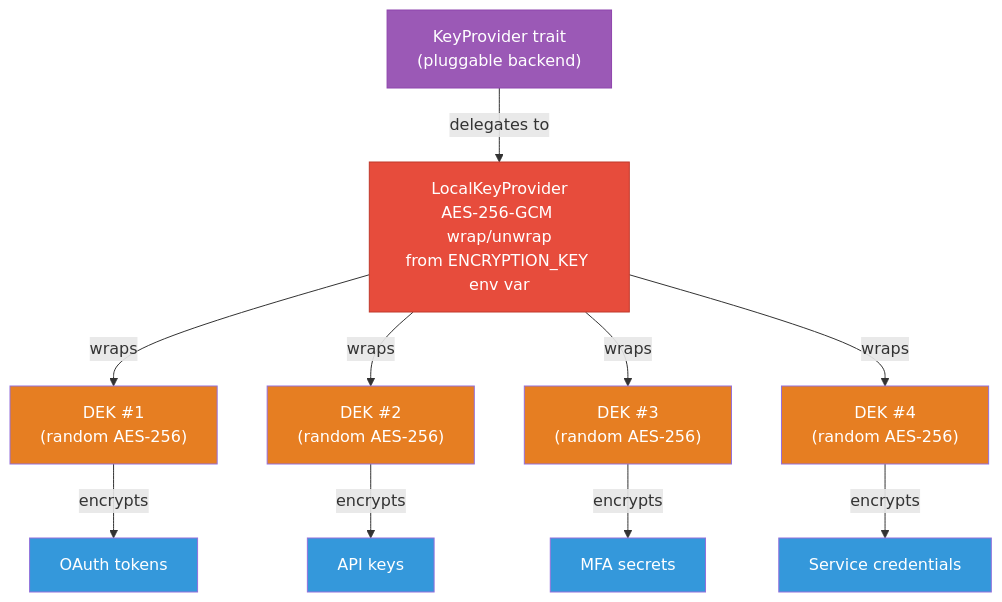
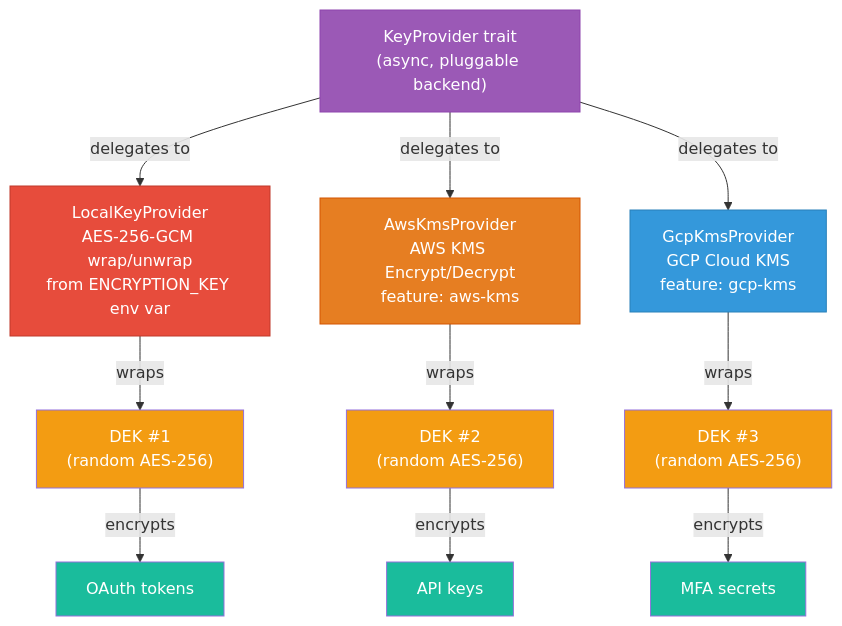
The first of 31 diagrams in docs/ENCRYPTION_ARCHITECTURE.md (ChronoAIProject/NyxID), drawn with Mermaid before and after one commit. The commit also changed other lines of this file and 26 other files, not shown here.

First line of the commit message:
feat: add Cloud KMS integration with AWS and GCP providers (Phase 4)

````diff
--- a/docs/ENCRYPTION_ARCHITECTURE.md
+++ b/docs/ENCRYPTION_ARCHITECTURE.md
@@ -29,27 +29,27 @@
 ```mermaid
 graph TD
-    KP["KeyProvider trait<br/>(pluggable backend)"]
+    KP["KeyProvider trait<br/>(async, pluggable backend)"]
 
     KP -->|delegates to| LKP["LocalKeyProvider<br/>AES-256-GCM wrap/unwrap<br/>from ENCRYPTION_KEY env var"]
+    KP -->|delegates to| AWS["AwsKmsProvider<br/>AWS KMS Encrypt/Decrypt<br/>feature: aws-kms"]
+    KP -->|delegates to| GCP["GcpKmsProvider<br/>GCP Cloud KMS<br/>feature: gcp-kms"]
 
     LKP -->|wraps| DEK1["DEK #1<br/>(random AES-256)"]
-    LKP -->|wraps| DEK2["DEK #2<br/>(random AES-256)"]
-    LKP -->|wraps| DEK3["DEK #3<br/>(random AES-256)"]
-    LKP -->|wraps| DEK4["DEK #4<br/>(random AES-256)"]
+    AWS -->|wraps| DEK2["DEK #2<br/>(random AES-256)"]
+    GCP -->|wraps| DEK3["DEK #3<br/>(random AES-256)"]
 
     DEK1 -->|encrypts| OT["OAuth tokens"]
     DEK2 -->|encrypts| AK["API keys"]
     DEK3 -->|encrypts| MFA["MFA secrets"]
-    DEK4 -->|encrypts| SC["Service credentials"]
 
     style KP fill:#9b59b6,color:#fff,stroke:#8e44ad
     style LKP fill:#e74c3c,color:#fff,stroke:#c0392b
-    style DEK1 fill:#e67e22,color:#fff
-    style DEK2 fill:#e67e22,color:#fff
-    style DEK3 fill:#e67e22,color:#fff
-    style DEK4 fill:#e67e22,color:#fff
-    style OT fill:#3498db,color:#fff
-    style AK fill:#3498db,color:#fff
-    style MFA fill:#3498db,color:#fff
-    style SC fill:#3498db,color:#fff
+    style AWS fill:#e67e22,color:#fff,stroke:#d35400
+    style GCP fill:#3498db,color:#fff,stroke:#2980b9
+    style DEK1 fill:#f39c12,color:#fff
+    style DEK2 fill:#f39c12,color:#fff
+    style DEK3 fill:#f39c12,color:#fff
+    style OT fill:#1abc9c,color:#fff
+    style AK fill:#1abc9c,color:#fff
+    style MFA fill:#1abc9c,color:#fff
 ```
````
